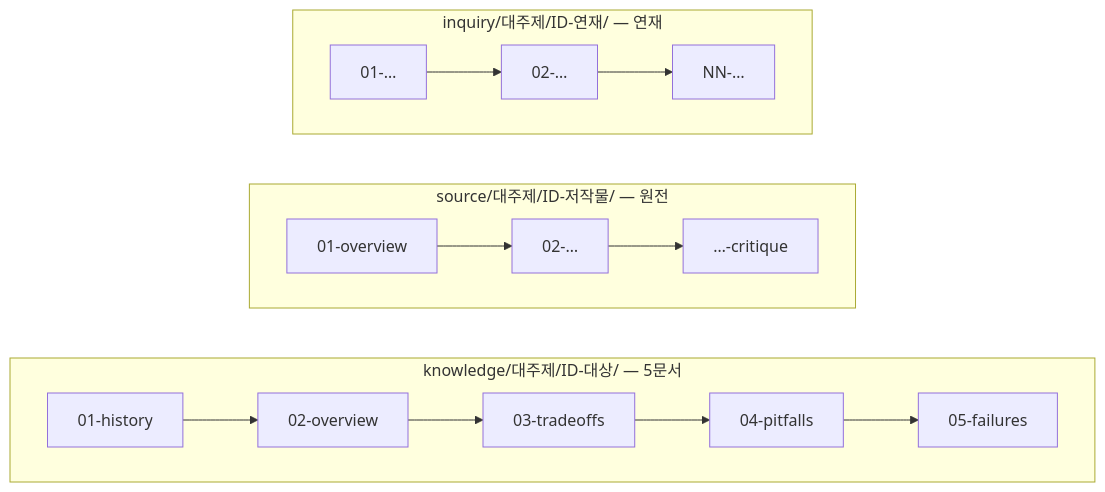
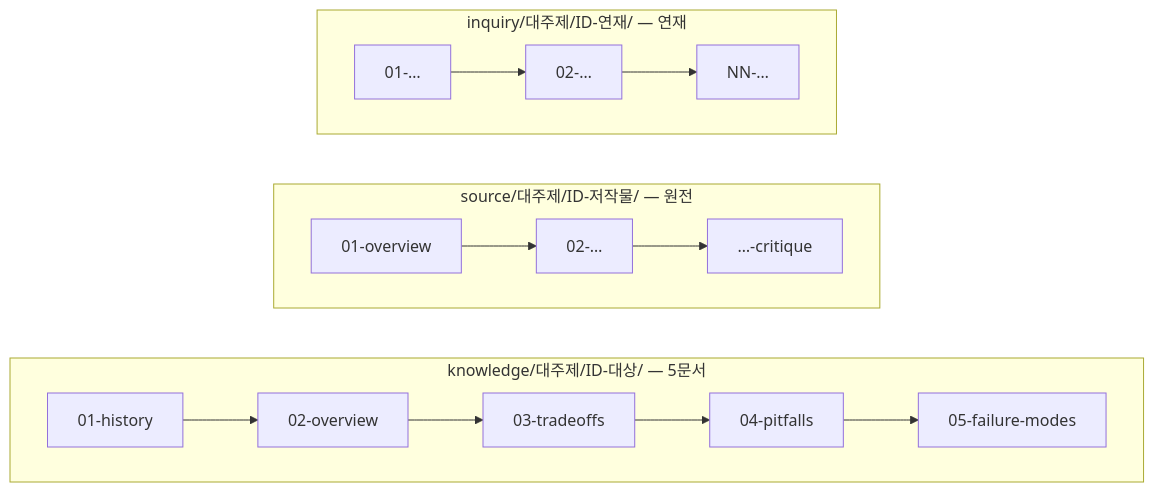
One commit to gunhaa/QnA changed the third of 3 diagrams in ARCHITECTURE.md. Above: the diagram before and after it, drawn with Mermaid. The commit also changed other lines of this file and 2 other files, not shown here.

Commit message:
docs: knowledge 05 문서를 05-failure-modes(장애 유형)로 바꾸고 장애 용어 정리

````diff
--- a/ARCHITECTURE.md
+++ b/ARCHITECTURE.md
@@ -110,15 +110,15 @@
 ```mermaid
 flowchart LR
     subgraph k5["knowledge/대주제/ID-대상/ — 5문서"]
         direction LR
-        h["01-history"] --> o["02-overview"] --> t["03-tradeoffs"] --> p["04-pitfalls"] --> fl["05-failures"]
+        h["01-history"] --> o["02-overview"] --> t["03-tradeoffs"] --> p["04-pitfalls"] --> fl["05-failure-modes"]
     end
     subgraph src["source/대주제/ID-저작물/ — 원전"]
         direction LR
         s1["01-overview"] --> s2["02-…"] --> sn["…-critique"]
     end
     subgraph ser["inquiry/대주제/ID-연재/ — 연재"]
         direction LR
         r1["01-…"] --> r2["02-…"] --> rn["NN-…"]
     end
 ```
````
